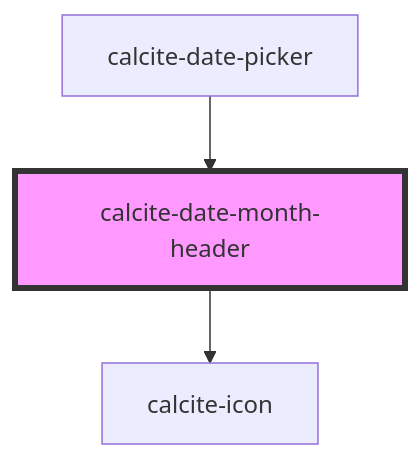
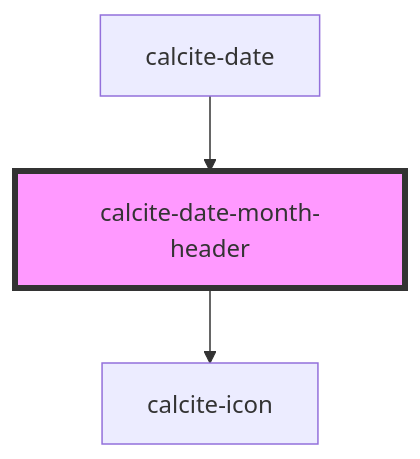
One commit to vikivakarvc/calcite-design-system changed the diagram in src/components/calcite-date-month-header/readme.md. Above: the diagram before and after it, drawn with Mermaid. The commit also changed other lines of this file and 15 other files, not shown here.

Commit message:
:rotating_light: move calcite-date-picker to calcite-date

````diff
--- a/src/components/calcite-date-month-header/readme.md
+++ b/src/components/calcite-date-month-header/readme.md
@@ -39,6 +39,6 @@
 ```mermaid
 graph TD;
   calcite-date-month-header --> calcite-icon
-  calcite-date-picker --> calcite-date-month-header
+  calcite-date --> calcite-date-month-header
   style calcite-date-month-header fill:#f9f,stroke:#333,stroke-width:4px
 ```
````
